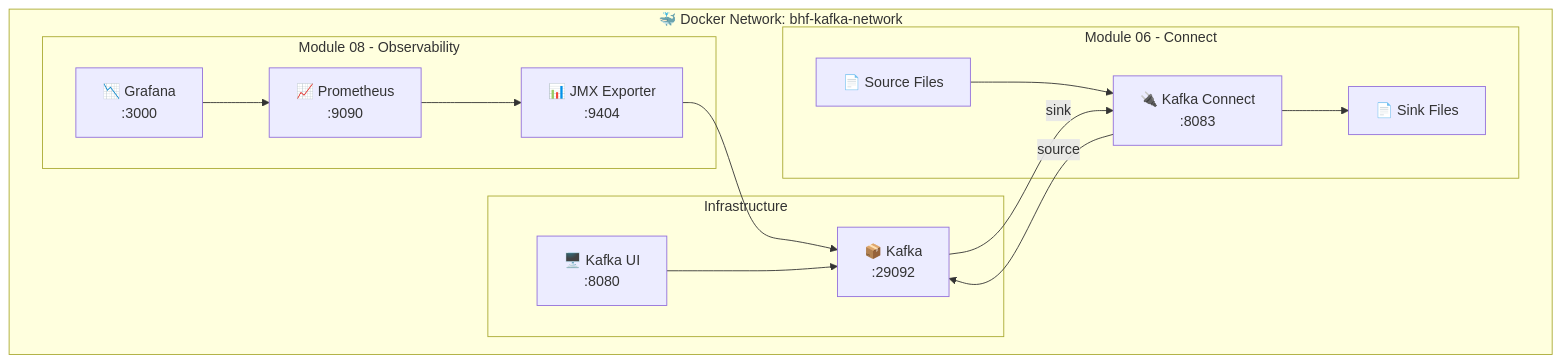
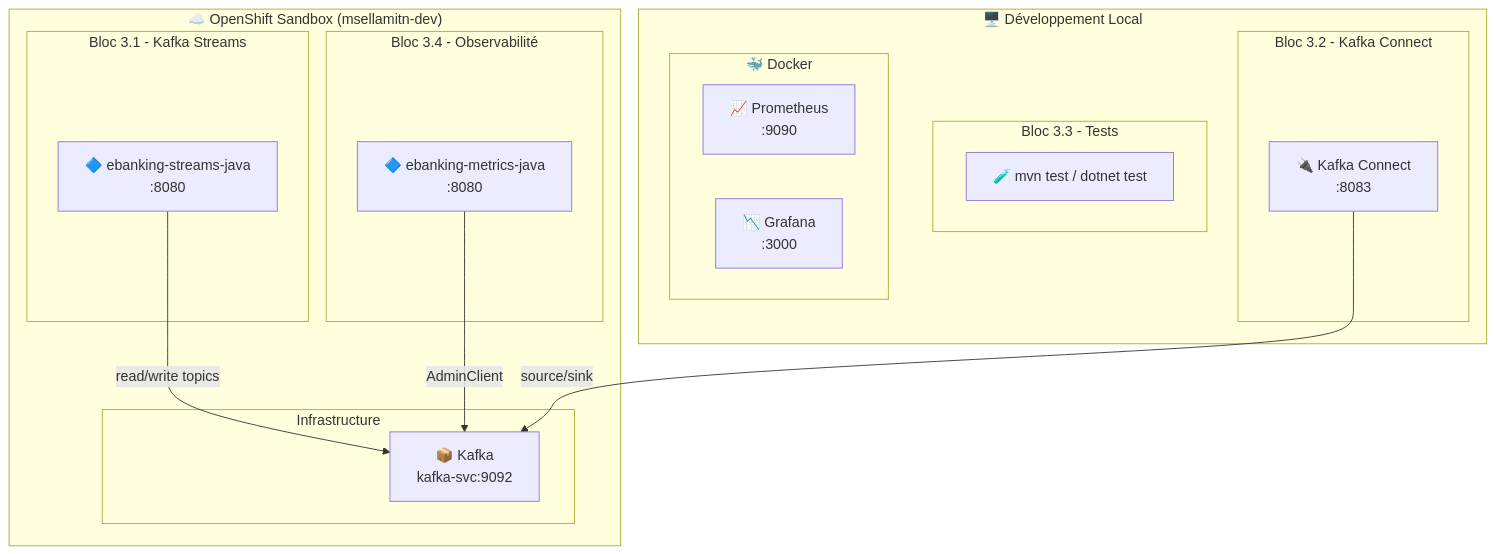
Before and after one commit to msellamiTN/formation--kafka-dotnet: the fifth of 5 diagrams in day-03-integration/README.md, drawn with Mermaid. The commit also changed other lines of this file and 53 other files, not shown here.

````diff
--- a/day-03-integration/README.md
+++ b/day-03-integration/README.md
@@ -211,31 +333,35 @@
 ```mermaid
 flowchart TB
-    subgraph Docker["🐳 Docker Network: bhf-kafka-network"]
+    subgraph OpenShift["☁️ OpenShift Sandbox (msellamitn-dev)"]
         subgraph Infra["Infrastructure"]
-            K["📦 Kafka<br/>:29092"]
-            UI["🖥️ Kafka UI<br/>:8080"]
+            K["📦 Kafka<br/>kafka-svc:9092"]
         end
-        
-        subgraph M06["Module 06 - Connect"]
+
+        subgraph Bloc31["Bloc 3.1 - Kafka Streams"]
+            STREAMS["🔷 ebanking-streams-java<br/>:8080"]
+        end
+
+        subgraph Bloc34["Bloc 3.4 - Observabilité"]
+            METRICS["🔷 ebanking-metrics-java<br/>:8080"]
+        end
+    end
+
+    subgraph Local["🖥️ Développement Local"]
+        subgraph Bloc32["Bloc 3.2 - Kafka Connect"]
             KC["🔌 Kafka Connect<br/>:8083"]
-            SRC["📄 Source Files"]
-            SNK["📄 Sink Files"]
         end
-        
-        subgraph M08["Module 08 - Observability"]
-            JMX["📊 JMX Exporter<br/>:9404"]
+
+        subgraph Bloc33["Bloc 3.3 - Tests"]
+            TESTS["🧪 mvn test / dotnet test"]
+        end
+
+        subgraph Docker["🐳 Docker"]
             PROM["📈 Prometheus<br/>:9090"]
             GRAF["📉 Grafana<br/>:3000"]
         end
     end
-    
-    KC -->|"source"| K
-    K -->|"sink"| KC
-    SRC --> KC
-    KC --> SNK
-    
-    JMX --> K
-    PROM --> JMX
-    GRAF --> PROM
-    UI --> K
+
+    STREAMS -->|"read/write topics"| K
+    METRICS -->|"AdminClient"| K
+    KC -->|"source/sink"| K
 ```
````
